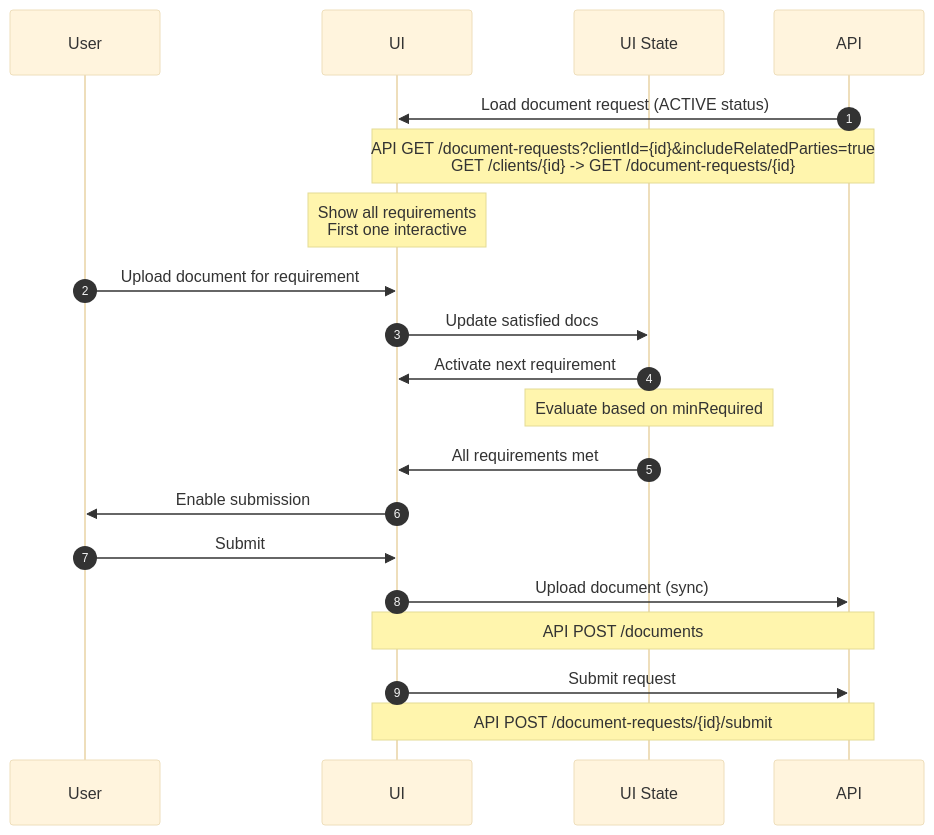
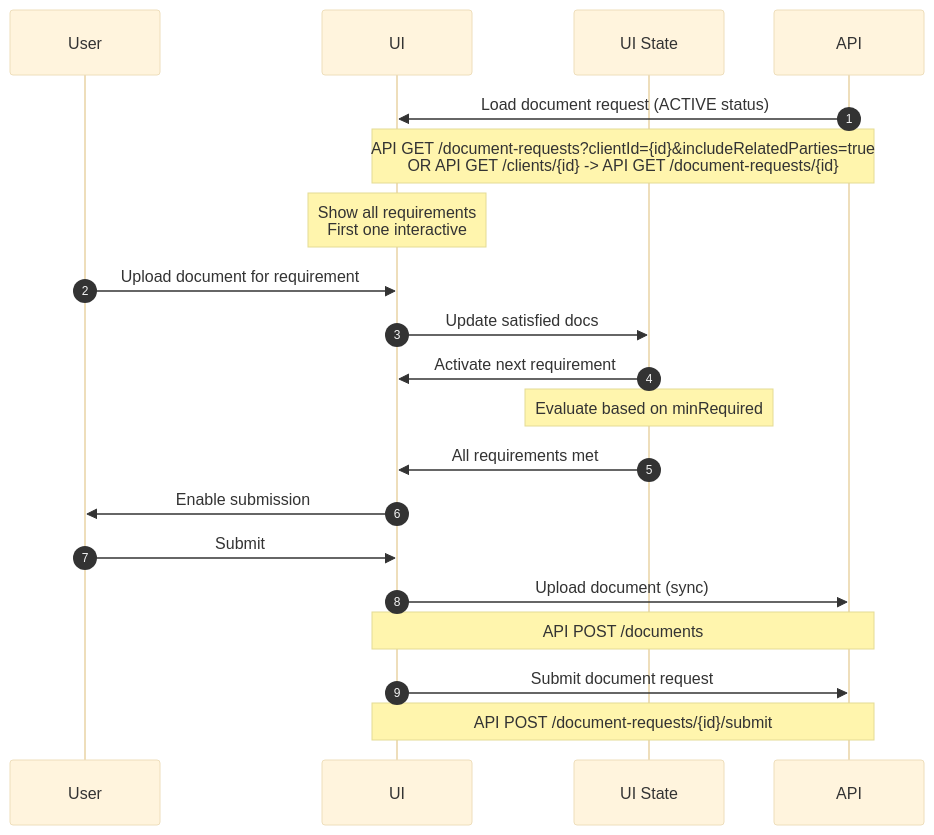
The diagram in embedded-components/src/core/OnboardingWizardBasic/DocumentUploadStepForm/IMPLEMENTATION_GUIDE.md (jpmorgan-payments/embedded-finance), drawn with Mermaid (base theme) before and after one commit.

Commit message:
clarify API calls in implementation guide for document upload step

````diff
--- a/embedded-components/src/core/OnboardingWizardBasic/DocumentUploadStepForm/IMPLEMENTATION_GUIDE.md
+++ b/embedded-components/src/core/OnboardingWizardBasic/DocumentUploadStepForm/IMPLEMENTATION_GUIDE.md
@@ -9,28 +9,28 @@
 ```mermaid
 sequenceDiagram
     autonumber
     participant User
     participant UI
     participant UI State
     participant API
 
     API->>UI: Load document request (ACTIVE status)
-    Note over API, UI: API GET /document-requests?clientId={id}&includeRelatedParties=true<br/>GET /clients/{id} -> GET /document-requests/{id}
+    Note over API, UI: API GET /document-requests?clientId={id}&includeRelatedParties=true<br/>OR API GET /clients/{id} -> API GET /document-requests/{id}
     Note over UI: Show all requirements<br/>First one interactive
 
     User->>UI: Upload document for requirement
     UI->>UI State: Update satisfied docs
     UI State->>UI: Activate next requirement
 
     Note over UI State: Evaluate based on minRequired
 
     UI State->>UI: All requirements met
     UI->>User: Enable submission
     User->>UI: Submit
-    
+
     UI->>API: Upload document (sync)
     Note over API, UI: API POST /documents
 
-    UI->>API: Submit request
+    UI->>API: Submit document request
     Note over API, UI: API POST /document-requests/{id}/submit
 ```
````
